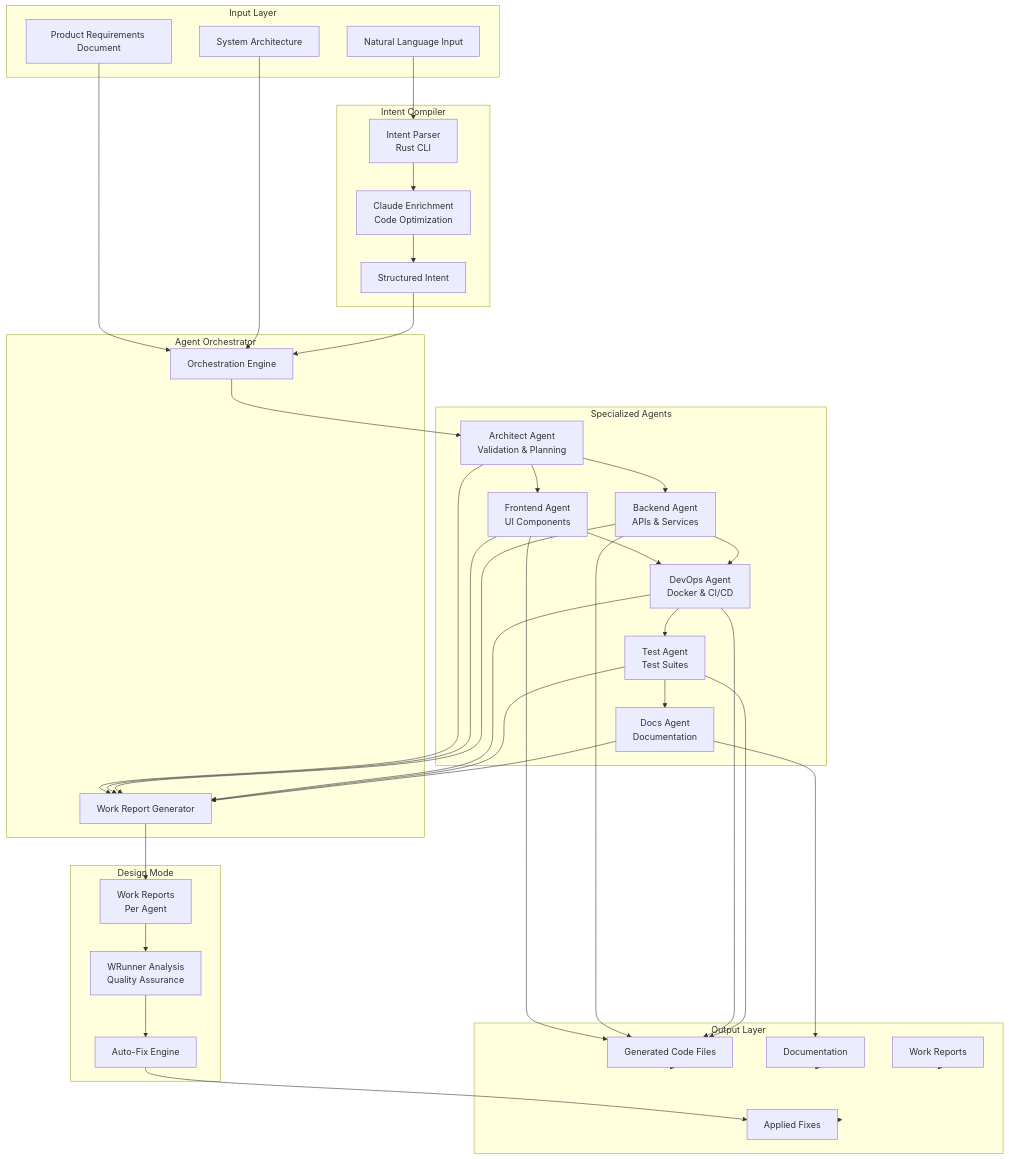
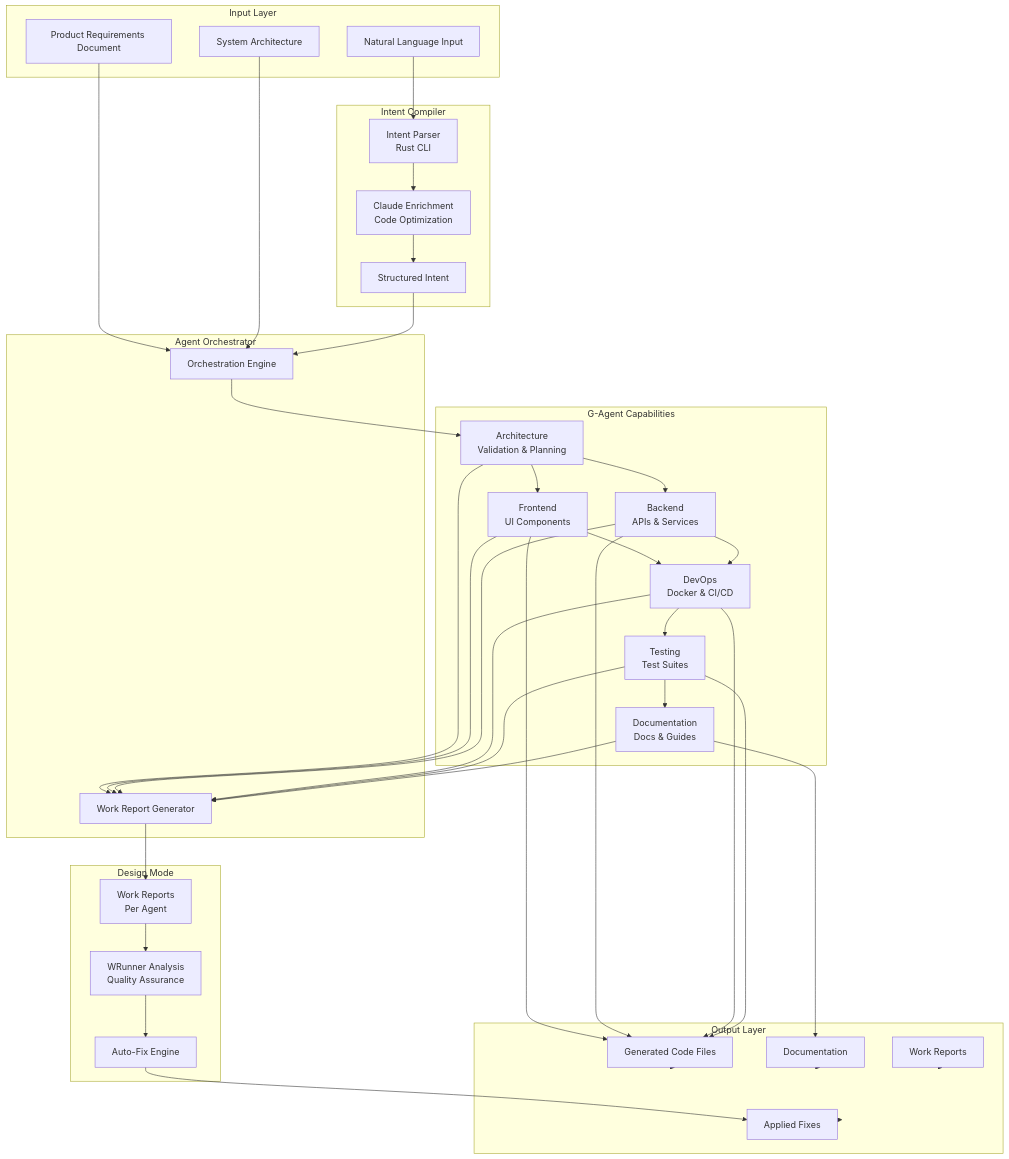
The first of 2 diagrams in docs/AGENT_SYSTEM.md (Aphrodine-wq/GRUMPCO), drawn with Mermaid before and after one commit. The commit also changed other lines of this file and 1768 other files, not shown here.

````diff
--- a/docs/AGENT_SYSTEM.md
+++ b/docs/AGENT_SYSTEM.md
@@ -9,79 +17,79 @@
 ```mermaid
 flowchart TB
     subgraph Input["Input Layer"]
         NL[Natural Language Input]
         PRD[Product Requirements Document]
         ARCH[System Architecture]
     end
 
     subgraph Intent["Intent Compiler"]
         IC[Intent Parser<br/>Rust CLI]
         CE[Claude Enrichment<br/>Code Optimization]
         SI[Structured Intent]
     end
 
     subgraph Orchestrator["Agent Orchestrator"]
         AO[Orchestration Engine]
         WR[Work Report Generator]
     end
 
-    subgraph Agents["Specialized Agents"]
-        A1[Architect Agent<br/>Validation & Planning]
-        A2[Frontend Agent<br/>UI Components]
-        A3[Backend Agent<br/>APIs & Services]
-        A4[DevOps Agent<br/>Docker & CI/CD]
-        A5[Test Agent<br/>Test Suites]
-        A6[Docs Agent<br/>Documentation]
+    subgraph GAgent["G-Agent Capabilities"]
+        A1[Architecture<br/>Validation & Planning]
+        A2[Frontend<br/>UI Components]
+        A3[Backend<br/>APIs & Services]
+        A4[DevOps<br/>Docker & CI/CD]
+        A5[Testing<br/>Test Suites]
+        A6[Documentation<br/>Docs & Guides]
     end
 
     subgraph Design["Design Mode"]
         DR[Work Reports<br/>Per Agent]
         WA[WRunner Analysis<br/>Quality Assurance]
         AF[Auto-Fix Engine]
     end
 
     subgraph Output["Output Layer"]
         CF[Generated Code Files]
         DOC[Documentation]
         REP[Work Reports]
         FIX[Applied Fixes]
     end
 
     NL --> IC
     PRD --> AO
     ARCH --> AO
     IC --> CE
     CE --> SI
     SI --> AO
 
     AO --> A1
     A1 --> A2
     A1 --> A3
     A2 --> A4
     A3 --> A4
     A4 --> A5
     A5 --> A6
 
     A1 --> WR
     A2 --> WR
     A3 --> WR
     A4 --> WR
     A5 --> WR
     A6 --> WR
 
     WR --> DR
     DR --> WA
     WA --> AF
     AF --> FIX
 
     A2 --> CF
     A3 --> CF
     A4 --> CF
     A5 --> CF
     A6 --> DOC
 
     CF --> Output
     DOC --> Output
     REP --> Output
     FIX --> Output
 ```
````
